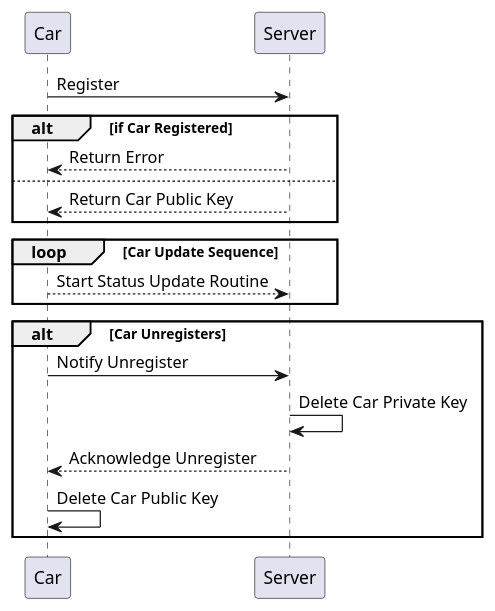
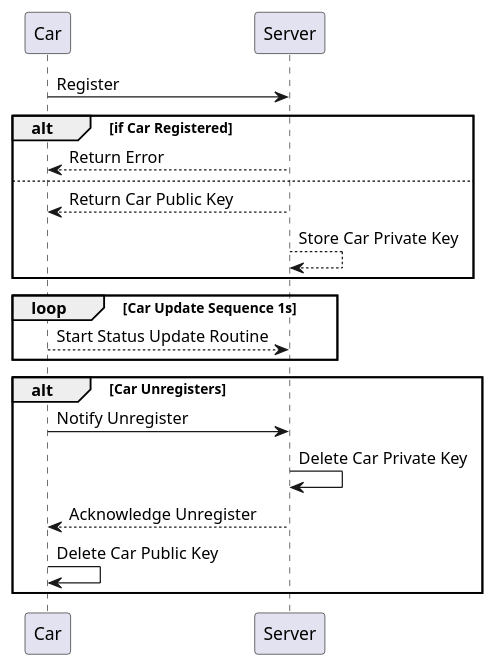
Before and after one commit to ATU-RDuarte/CSD_Project: the diagram in docs/hld/CarToServerSequenceDiagram.puml, drawn with PlantUML. The commit also changed 19 other files, not shown here.

```diff
--- a/docs/hld/CarToServerSequenceDiagram.puml
+++ b/docs/hld/CarToServerSequenceDiagram.puml
@@ -1,20 +1,21 @@
 @startuml
 
 Car -> Server: Register
 alt if Car Registered
 Server --> Car: Return Error
 else
 Server --> Car: Return Car Public Key
+Server --> Server: Store Car Private Key
 end
 
-loop Car Update Sequence
+loop Car Update Sequence 1s
 Car --> Server : Start Status Update Routine
 end
 
 alt Car Unregisters
 Car -> Server : Notify Unregister
 Server -> Server : Delete Car Private Key
 Server --> Car : Acknowledge Unregister
 Car -> Car: Delete Car Public Key
 end
 @enduml
```
